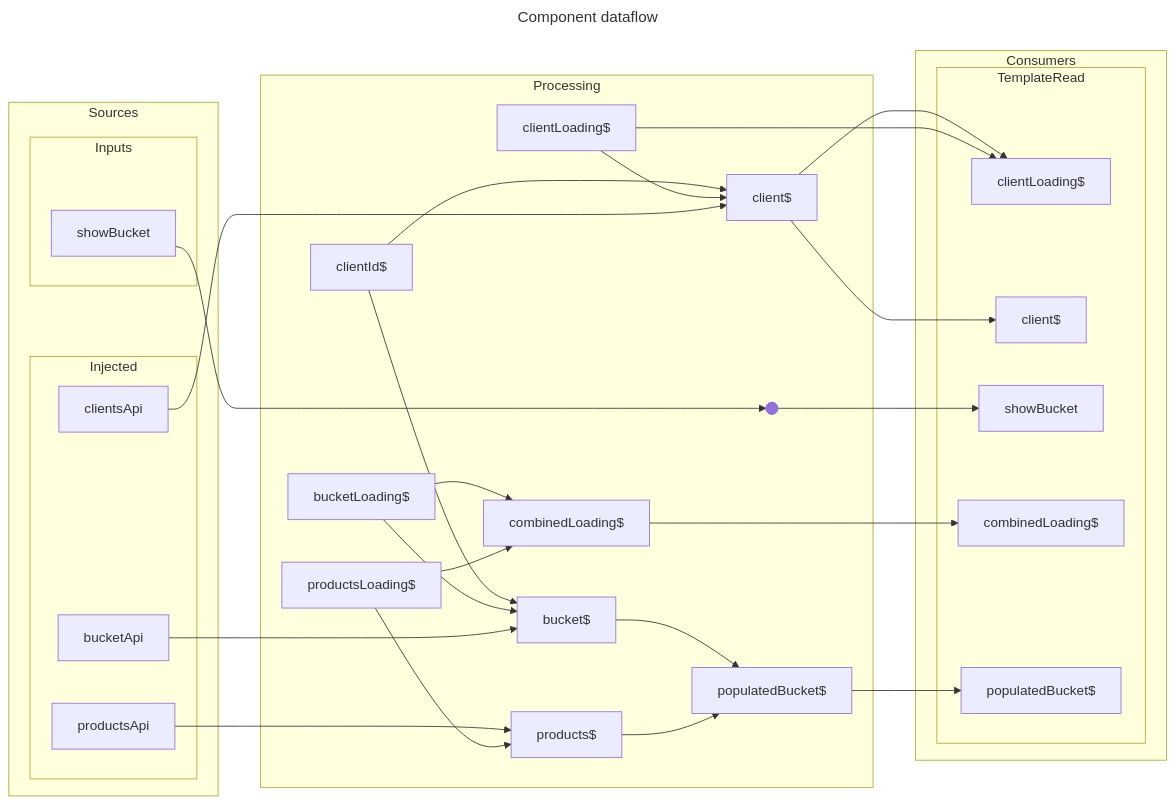
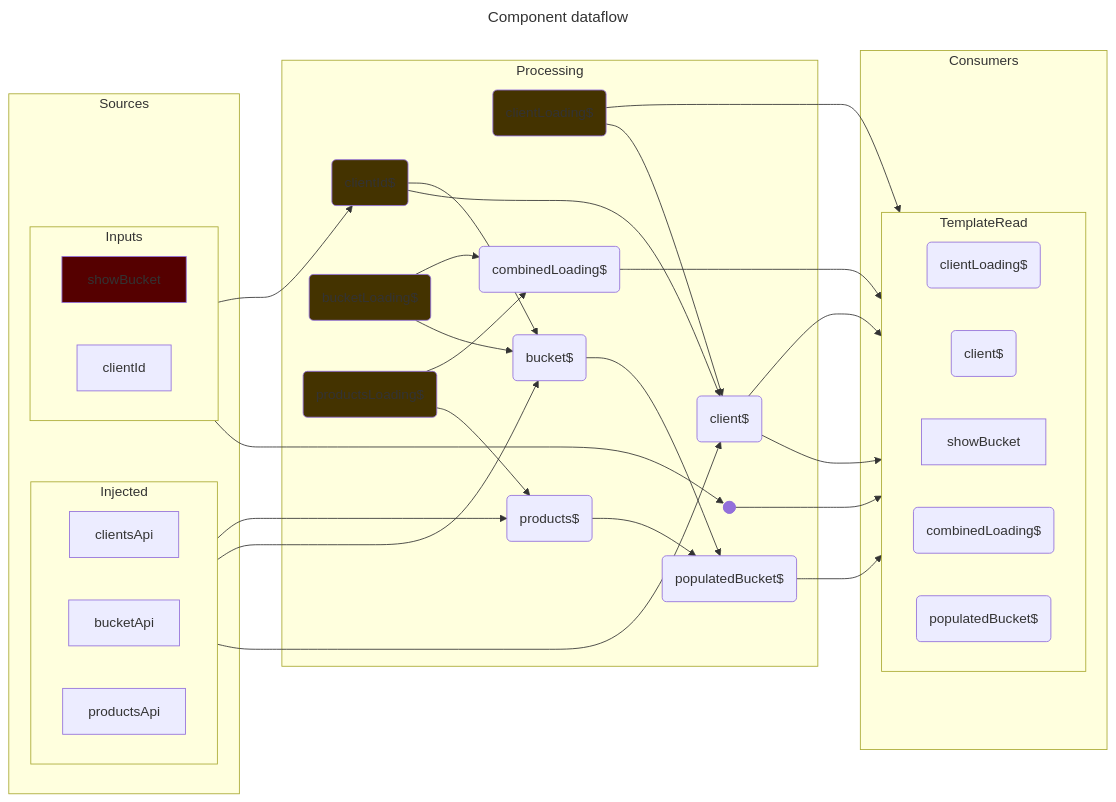
One commit to earthdmitriy/rx-evo changed the first of 2 diagrams in src/app/components/pipe/stream/stream.component.dataflow.md. Above: the diagram before and after it, drawn with Mermaid. The commit also changed other lines of this file and 39 other files, not shown here.

Commit message:
updated dataflow diagrams

````diff
--- a/src/app/components/pipe/stream/stream.component.dataflow.md
+++ b/src/app/components/pipe/stream/stream.component.dataflow.md
@@ -7,6 +7,7 @@
 graph LR
     subgraph Sources
         subgraph Injected
+            direction LR
             Source_clientsApi["
                 clientsApi
             "]
@@ -18,63 +19,69 @@
             "]
         end
         subgraph Inputs
+            direction LR
             Source_showBucket["
                 showBucket
+            "]
+            Source_clientId["
+                clientId
             "]
         end
     end
     subgraph Processing
-        Processing_clientId$["
+        Processing_clientId$("
             clientId$
-        "]
-        Processing_clientLoading$["
+        ")
+        Processing_clientLoading$("
             clientLoading$
-        "]
-        Processing_bucketLoading$["
+        ")
+        Processing_bucketLoading$("
             bucketLoading$
-        "]
-        Processing_productsLoading$["
+        ")
+        Processing_productsLoading$("
             productsLoading$
-        "]
-        Processing_client$["
+        ")
+        Processing_client$("
             client$
-        "]
-        Processing_bucket$["
+        ")
+        Processing_bucket$("
             bucket$
-        "]
-        Processing_products$["
+        ")
+        Processing_products$("
             products$
-        "]
-        Processing_populatedBucket$["
+        ")
+        Processing_populatedBucket$("
             populatedBucket$
-        "]
-        Processing_combinedLoading$["
+        ")
+        Processing_combinedLoading$("
             combinedLoading$
-        "]
+        ")
         Processing_showBucket@{ shape: f-circ, label: "Junction" }
     end
     subgraph Consumers
         subgraph TemplateRead
-            Consumer_clientLoading$["
+            direction LR
+            Consumer_clientLoading$("
                 clientLoading$
-            "]
-            Consumer_client$["
+            ")
+            Consumer_client$("
                 client$
-            "]
+            ")
             Consumer_showBucket["
                 showBucket
             "]
-            Consumer_combinedLoading$["
+            Consumer_combinedLoading$("
                 combinedLoading$
-            "]
-            Consumer_populatedBucket$["
+            ")
+            Consumer_populatedBucket$("
                 populatedBucket$
-            "]
+            ")
         end
     end
     Sources ~~~ Processing
     Processing ~~~ Consumers
     Source_showBucket --> Processing_showBucket
+    Source_clientId --> Processing_clientId$
     Processing_clientId$ --> Processing_client$
     Processing_clientLoading$ --> Processing_client$
     Processing_client$ --> Consumer_clientLoading$
@@ -93,5 +100,10 @@
     Processing_client$ --> Consumer_client$
     Processing_combinedLoading$ --> Consumer_combinedLoading$
     Processing_populatedBucket$ --> Consumer_populatedBucket$
+    style Source_showBucket fill:#500
+    style Processing_clientId$ fill:#430
+    style Processing_clientLoading$ fill:#430
+    style Processing_bucketLoading$ fill:#430
+    style Processing_productsLoading$ fill:#430
 
 ```
````
